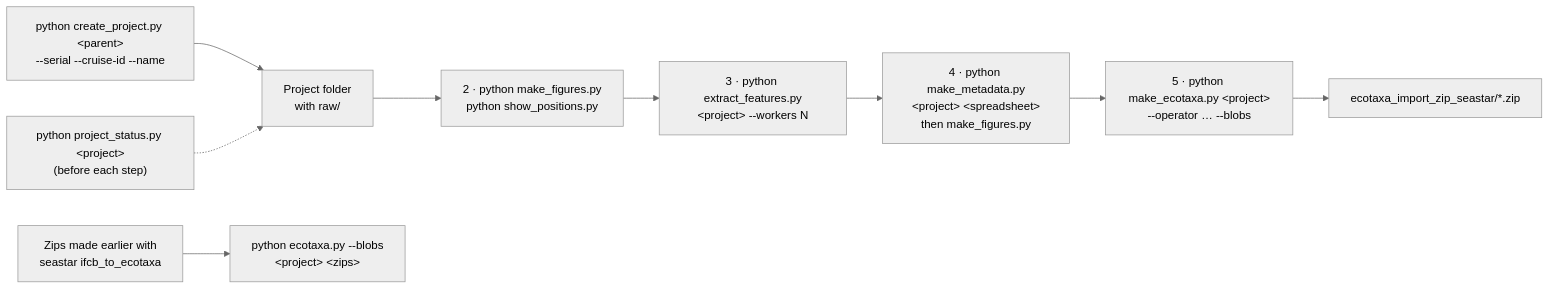
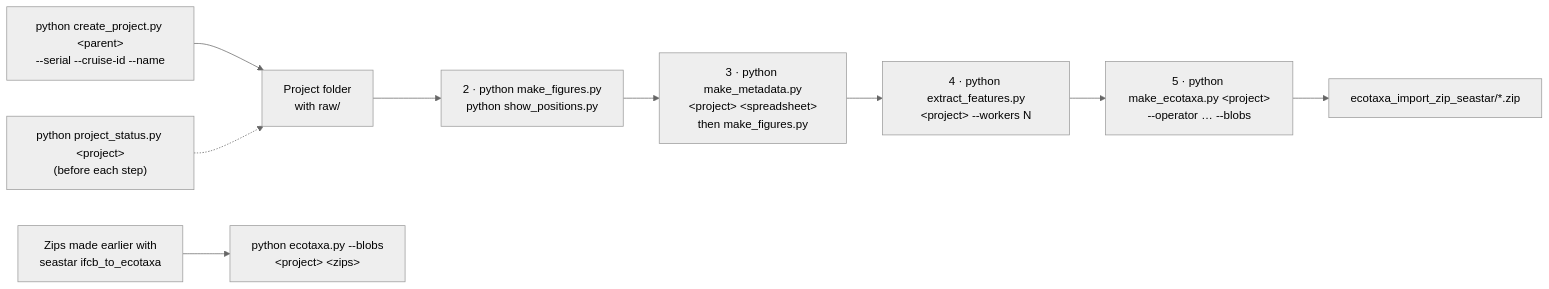
Before and after one commit to amandaelineau-stack/seastar: the fifth of 5 diagrams in docs/PROTOCOL.md, drawn with Mermaid (neutral theme). The commit also changed other lines of this file and 17 other files, not shown here.

First line of the commit message:
Metadata is now step 3 and the features step 4, in the app and on the command line

````diff
--- a/docs/PROTOCOL.md
+++ b/docs/PROTOCOL.md
@@ -310,11 +310,11 @@
 ```mermaid
 flowchart LR
     N["python create_project.py &lt;parent&gt;<br/>--serial --cruise-id --name"] --> A
     S["python project_status.py &lt;project&gt;<br/>(before each step)"] -.-> A
     A["Project folder<br/>with raw/"] --> R["2 · python make_figures.py<br/>python show_positions.py"]
-    R --> B["3 · python extract_features.py<br/>&lt;project&gt; --workers N"]
-    B --> C["4 · python make_metadata.py<br/>&lt;project&gt; &lt;spreadsheet&gt;<br/>then make_figures.py"]
-    C --> D["5 · python make_ecotaxa.py &lt;project&gt;<br/>--operator … --blobs"]
+    R --> C["3 · python make_metadata.py<br/>&lt;project&gt; &lt;spreadsheet&gt;<br/>then make_figures.py"]
+    C --> B["4 · python extract_features.py<br/>&lt;project&gt; --workers N"]
+    B --> D["5 · python make_ecotaxa.py &lt;project&gt;<br/>--operator … --blobs"]
     D --> E["ecotaxa_import_zip_seastar/*.zip"]
     F["Zips made earlier with<br/>seastar ifcb_to_ecotaxa"] --> G["python ecotaxa.py --blobs<br/>&lt;project&gt; &lt;zips&gt;"]
 ```
````
